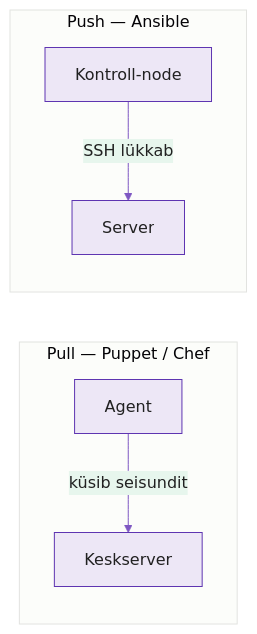
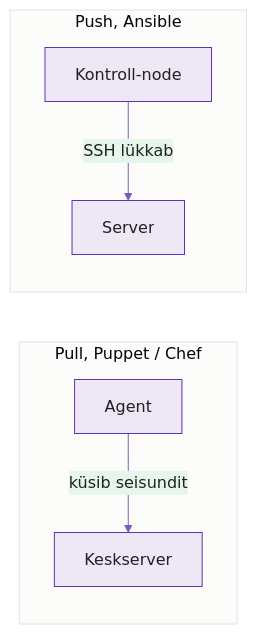
One commit to hkhk-automation/devops changed the first of 5 diagrams in docs/week03/lecture.md. Above: the diagram before and after it, drawn with Mermaid. The commit also changed other lines of this file and 8 other files, not shown here.

Commit message:
Add SVG diagrams for copy vs template, group_vars structure, and vault chain

````diff
--- a/docs/week03/lecture.md
+++ b/docs/week03/lecture.md
@@ -85,10 +85,10 @@
 ```mermaid
 %%{init: {'theme':'base','themeVariables':{'primaryColor':'#ede7f6','primaryBorderColor':'#5e35b1','primaryTextColor':'#212121','lineColor':'#7e57c2'}}}%%
 graph LR
-    subgraph Pull [Pull — Puppet / Chef]
+    subgraph Pull [Pull, Puppet / Chef]
         A1[Agent] -->|küsib seisundit| M1[Keskserver]
     end
-    subgraph Push [Push — Ansible]
+    subgraph Push [Push, Ansible]
         C1[Kontroll-node] -->|SSH lükkab| S1[Server]
     end
 ```
````
